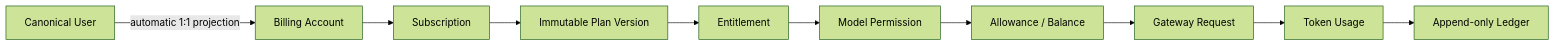
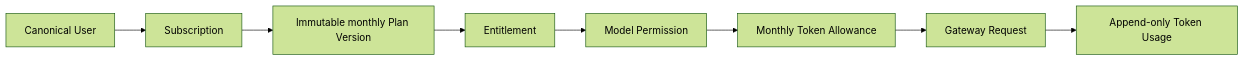
Before and after one commit to glide-the/dream-im-platform: the diagram in docs/design/ink-dream-memory/README.md, drawn with Mermaid (forest theme). The commit also changed other lines of this file and 53 other files, not shown here.

First line of the commit message:
feat: implement subscription token model with monthly cycle and constraints

````diff
--- a/docs/design/ink-dream-memory/README.md
+++ b/docs/design/ink-dream-memory/README.md
@@ -50,12 +57,10 @@
 ```mermaid
 flowchart LR
-  U["Canonical User"] -->|"automatic 1:1 projection"| B["Billing Account"]
-  B --> S["Subscription"]
-  S --> V["Immutable Plan Version"]
+  U["Canonical User"] --> S["Subscription"]
+  S --> V["Immutable monthly Plan Version"]
   V --> E["Entitlement"]
   E --> M["Model Permission"]
-  M --> A["Allowance / Balance"]
+  M --> A["Monthly Token Allowance"]
   A --> G["Gateway Request"]
-  G --> X["Token Usage"]
-  X --> L["Append-only Ledger"]
+  G --> X["Append-only Token Usage"]
 ```
````
